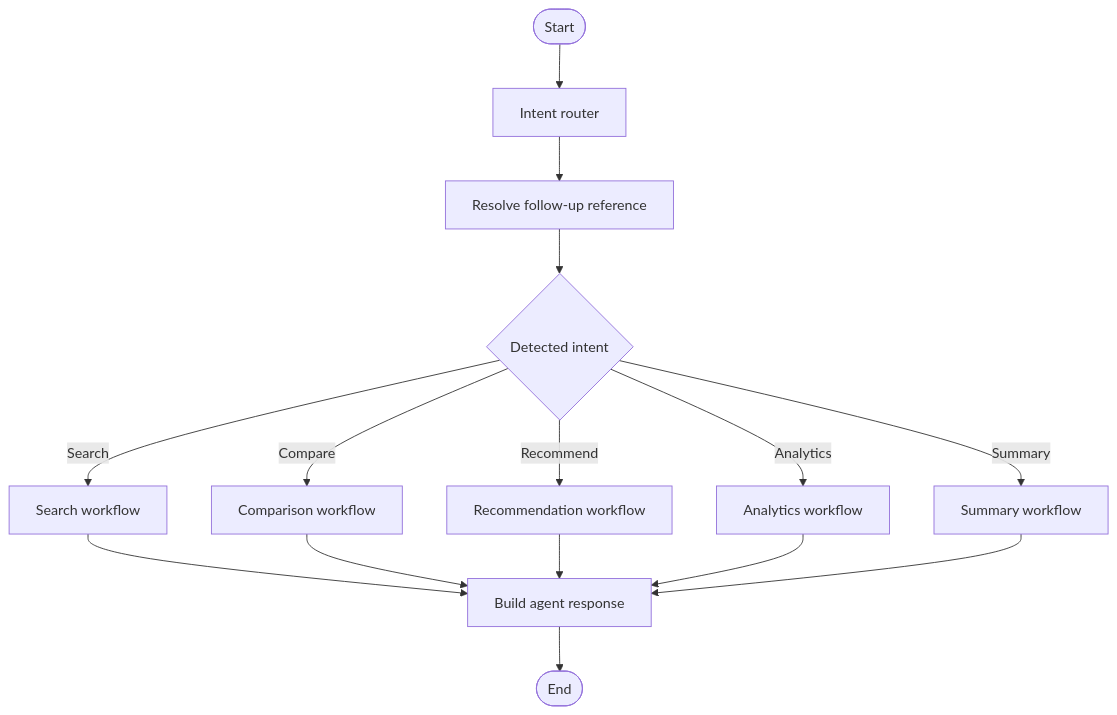
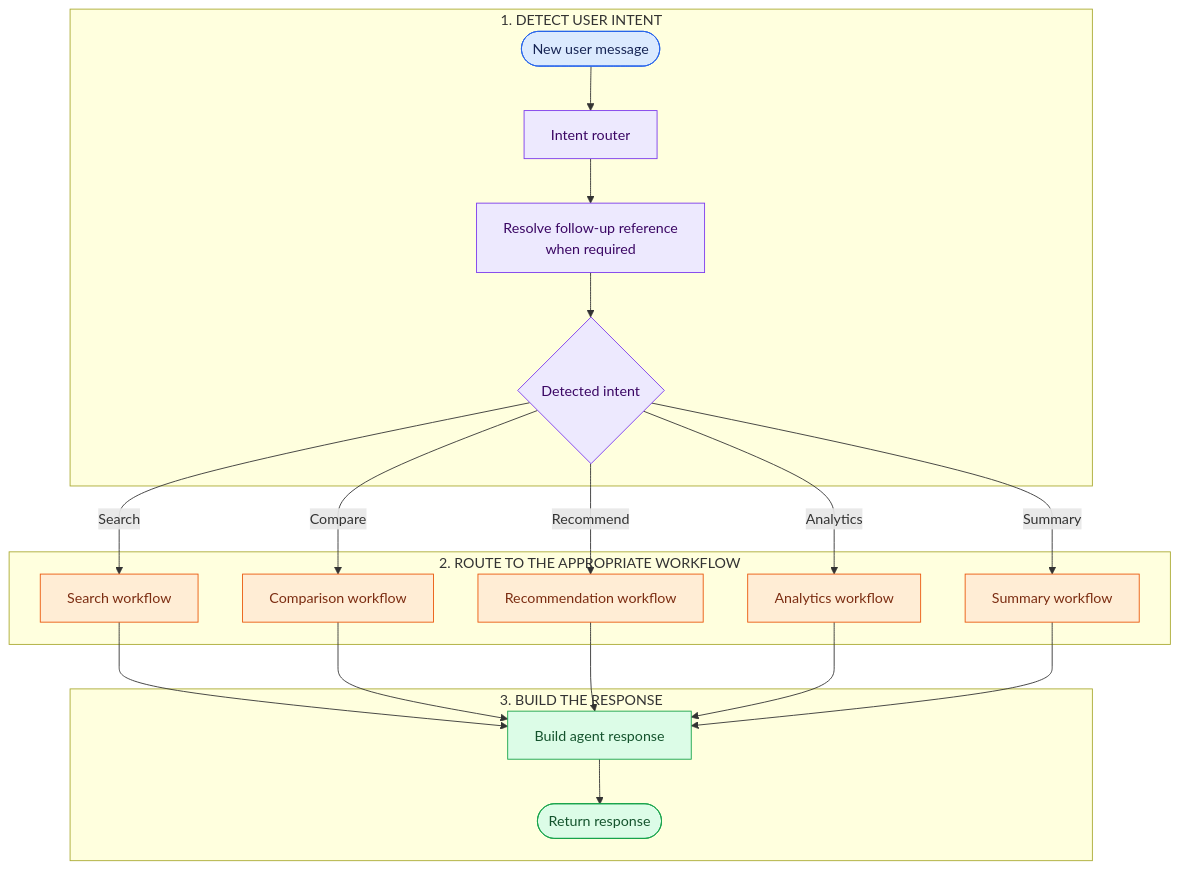
Before and after one commit to pratik-0302/job_description_agent: diagram 12 of 15 in README.md, drawn with Mermaid. The commit also changed other lines of this file, not shown here.

Commit message:
docs: standardize README diagrams with staged architecture flows

````diff
--- a/README.md
+++ b/README.md
@@ -750,17 +916,34 @@
 ```mermaid
-flowchart TD
-    START(["Start"]) --> INTENT["Intent router"]
-    INTENT --> FOLLOW["Resolve follow-up reference"]
-    FOLLOW --> ROUTE{"Detected intent"}
-    ROUTE -->|Search| SEARCH["Search workflow"]
-    ROUTE -->|Compare| COMPARE["Comparison workflow"]
-    ROUTE -->|Recommend| RECOMMEND["Recommendation workflow"]
-    ROUTE -->|Analytics| ANALYTICS["Analytics workflow"]
-    ROUTE -->|Summary| SUMMARY["Summary workflow"]
-    SEARCH --> RESPONSE["Build agent response"]
-    COMPARE --> RESPONSE
-    RECOMMEND --> RESPONSE
-    ANALYTICS --> RESPONSE
-    SUMMARY --> RESPONSE
-    RESPONSE --> END(["End"])
+flowchart TB
+    subgraph ROUTING["1. DETECT USER INTENT"]
+        START(["New user message"]) --> INTENT["Intent router"]
+        INTENT --> FOLLOW["Resolve follow-up reference<br/>when required"]
+        FOLLOW --> ROUTE{"Detected intent"}
+    end
+
+    subgraph WORKFLOWS["2. ROUTE TO THE APPROPRIATE WORKFLOW"]
+        ROUTE -->|Search| SEARCH["Search workflow"]
+        ROUTE -->|Compare| COMPARE["Comparison workflow"]
+        ROUTE -->|Recommend| RECOMMEND["Recommendation workflow"]
+        ROUTE -->|Analytics| ANALYTICS["Analytics workflow"]
+        ROUTE -->|Summary| SUMMARY["Summary workflow"]
+    end
+
+    subgraph RESPONSE["3. BUILD THE RESPONSE"]
+        SEARCH --> BUILD["Build agent response"]
+        COMPARE --> BUILD
+        RECOMMEND --> BUILD
+        ANALYTICS --> BUILD
+        SUMMARY --> BUILD
+        BUILD --> END(["Return response"])
+    end
+
+    classDef input fill:#dbeafe,stroke:#2563eb,color:#172554
+    classDef route fill:#ede9fe,stroke:#7c3aed,color:#3b0764
+    classDef workflow fill:#ffedd5,stroke:#ea580c,color:#7c2d12
+    classDef output fill:#dcfce7,stroke:#16a34a,color:#14532d
+    class START input
+    class INTENT,FOLLOW,ROUTE route
+    class SEARCH,COMPARE,RECOMMEND,ANALYTICS,SUMMARY workflow
+    class BUILD,END output
 ```
````
